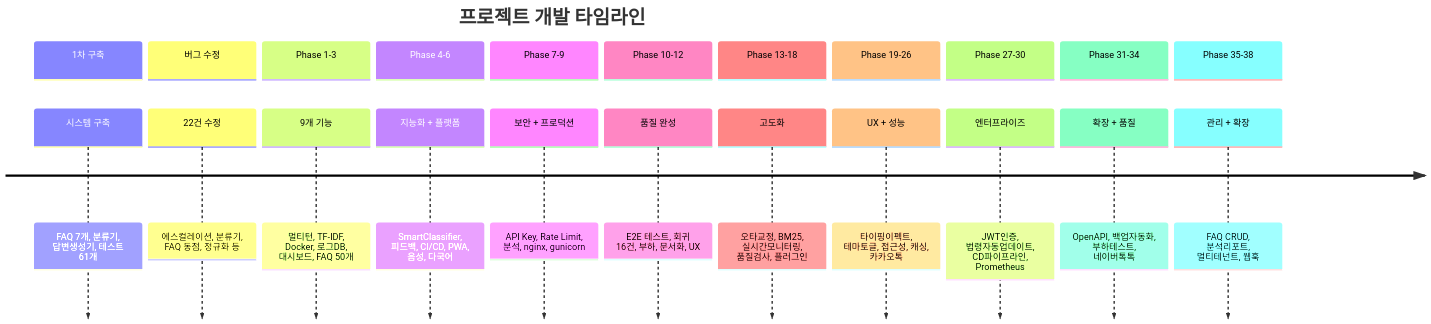
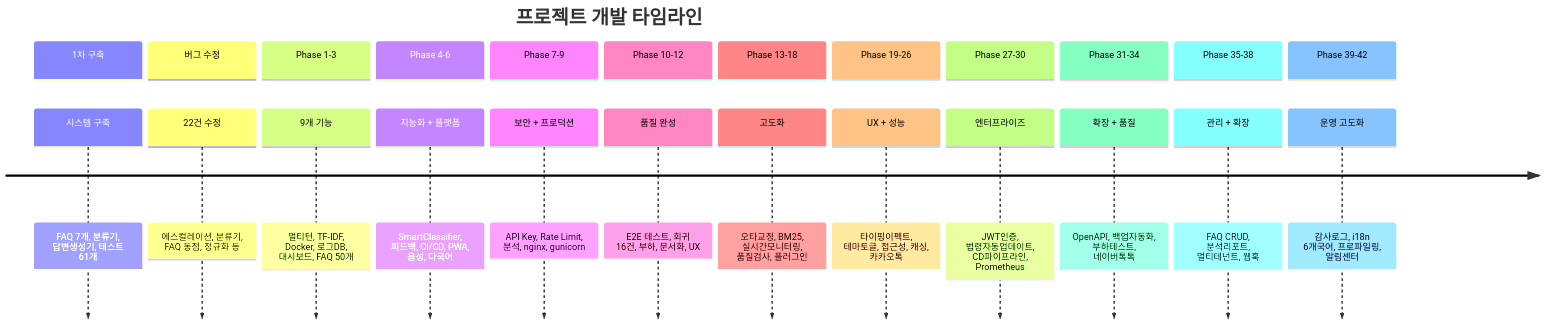
Before and after one commit to sun475300-sudo/bosebot: the sixth of 6 diagrams in README.md, drawn with Mermaid. The commit also changed other lines of this file and 10 other files, not shown here.

````diff
--- a/README.md
+++ b/README.md
@@ -447,26 +459,28 @@
 ```mermaid
 timeline
     title 프로젝트 개발 타임라인
     section 1차 구축
         시스템 구축 : FAQ 7개, 분류기, 답변생성기, 테스트 61개
     section 버그 수정
         22건 수정 : 에스컬레이션, 분류기, FAQ 동점, 정규화 등
     section Phase 1-3
         9개 기능 : 멀티턴, TF-IDF, Docker, 로그DB, 대시보드, FAQ 50개
     section Phase 4-6
         지능화 + 플랫폼 : SmartClassifier, 피드백, CI/CD, PWA, 음성, 다국어
     section Phase 7-9
         보안 + 프로덕션 : API Key, Rate Limit, 분석, nginx, gunicorn
     section Phase 10-12
         품질 완성 : E2E 테스트, 회귀 16건, 부하, 문서화, UX
     section Phase 13-18
         고도화 : 오타교정, BM25, 실시간모니터링, 품질검사, 플러그인
     section Phase 19-26
         UX + 성능 : 타이핑이펙트, 테마토글, 접근성, 캐싱, 카카오톡
     section Phase 27-30
         엔터프라이즈 : JWT인증, 법령자동업데이트, CD파이프라인, Prometheus
     section Phase 31-34
         확장 + 품질 : OpenAPI, 백업자동화, 부하테스트, 네이버톡톡
     section Phase 35-38
         관리 + 확장 : FAQ CRUD, 분석리포트, 멀티테넌트, 웹훅
+    section Phase 39-42
+        운영 고도화 : 감사로그, i18n 6개국어, 프로파일링, 알림센터
 ```
````
